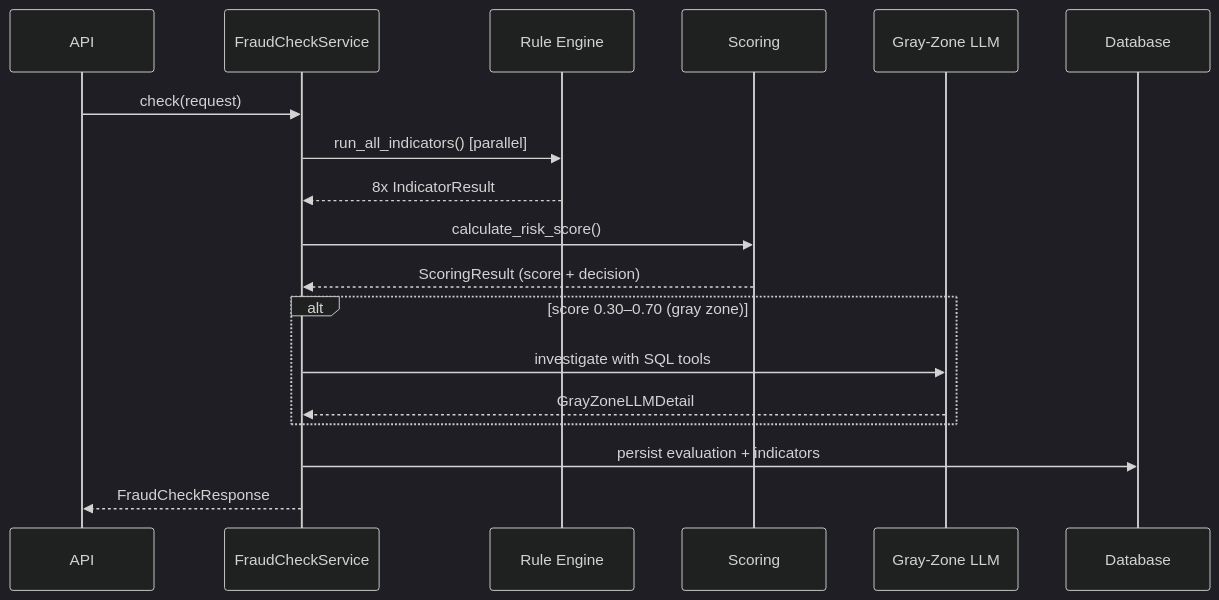
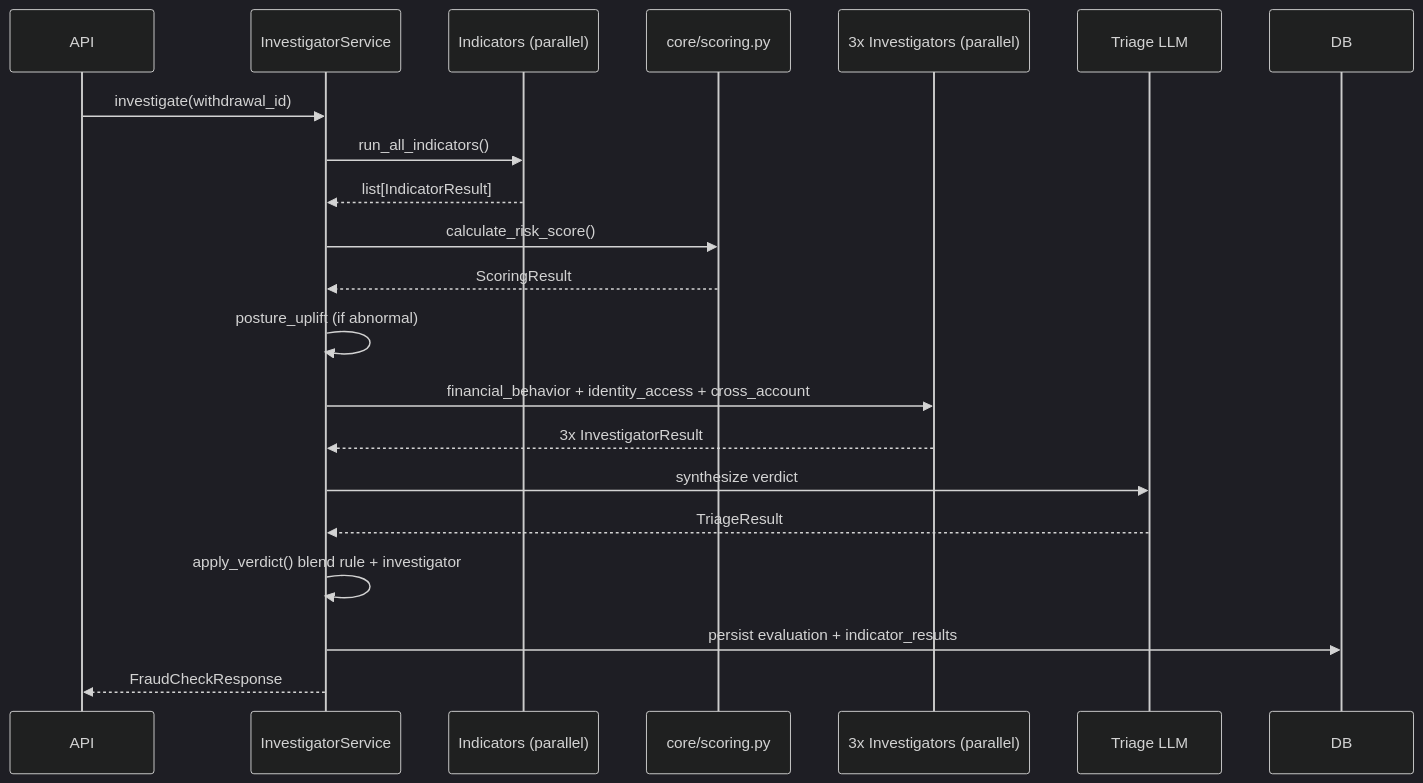
The first of 5 diagrams in be/app/services/README.md (soultntoure/nexa), drawn with Mermaid (dark theme) before and after one commit. The commit also changed other lines of this file and 11 other files, not shown here.

First line of the commit message:
feat: Add comprehensive documentation for the agentic system, API layer, core logic, data layer, and services layer

````diff
--- a/be/app/services/README.md
+++ b/be/app/services/README.md
@@ -69,21 +22,24 @@
 ```mermaid
 sequenceDiagram
     participant API
-    participant FCS as FraudCheckService
-    participant RE as Rule Engine
-    participant SC as Scoring
-    participant LLM as Gray-Zone LLM
-    participant DB as Database
+    participant IS as InvestigatorService
+    participant IE as Indicators (parallel)
+    participant Core as core/scoring.py
+    participant LLM as 3x Investigators (parallel)
+    participant T as Triage LLM
+    participant DB
 
-    API->>FCS: check(request)
-    FCS->>RE: run_all_indicators() [parallel]
-    RE-->>FCS: 8x IndicatorResult
-    FCS->>SC: calculate_risk_score()
-    SC-->>FCS: ScoringResult (score + decision)
-    alt score 0.30–0.70 (gray zone)
-        FCS->>LLM: investigate with SQL tools
-        LLM-->>FCS: GrayZoneLLMDetail
-    end
-    FCS->>DB: persist evaluation + indicators
-    FCS-->>API: FraudCheckResponse
+    API->>IS: investigate(withdrawal_id)
+    IS->>IE: run_all_indicators()
+    IE-->>IS: list[IndicatorResult]
+    IS->>Core: calculate_risk_score()
+    Core-->>IS: ScoringResult
+    IS->>IS: posture_uplift (if abnormal)
+    IS->>LLM: financial_behavior + identity_access + cross_account
+    LLM-->>IS: 3x InvestigatorResult
+    IS->>T: synthesize verdict
+    T-->>IS: TriageResult
+    IS->>IS: apply_verdict() blend rule + investigator
+    IS->>DB: persist evaluation + indicator_results
+    IS-->>API: FraudCheckResponse
 ```
````
